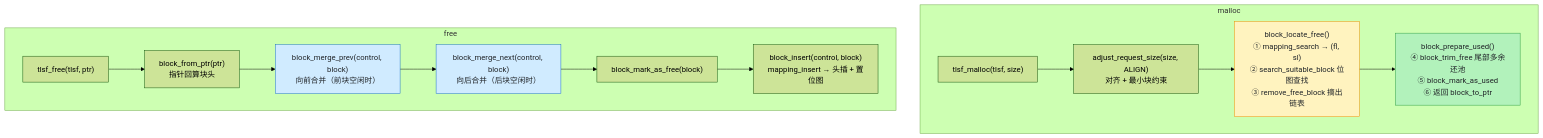
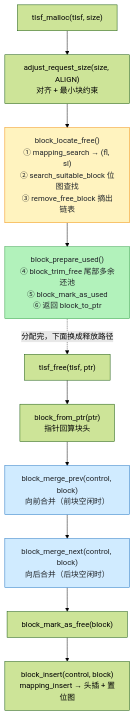
The diagram in docs/unity-memory/tlsf.md (fankidark/tech-site), drawn with Mermaid (forest theme) before and after one commit. The commit also changed 13 other files, not shown here.

First line of the commit message:
fix(diagram): 修复流程图节点内容显示不全 —— 宽度从最差 0.18 缩放到 0.72

````diff
--- a/docs/unity-memory/tlsf.md
+++ b/docs/unity-memory/tlsf.md
@@ -301,19 +301,17 @@
 ```mermaid
 flowchart TB
-    subgraph malloc
-        A1["tlsf_malloc(tlsf, size)"] --> A2["adjust_request_size(size, ALIGN)<br/>对齐 + 最小块约束"]
-        A2 --> A3["block_locate_free()<br/>① mapping_search → (fl, sl)<br/>② search_suitable_block 位图查找<br/>③ remove_free_block 摘出链表"]
-        A3 --> A4["block_prepare_used()<br/>④ block_trim_free 尾部多余还池<br/>⑤ block_mark_as_used<br/>⑥ 返回 block_to_ptr"]
-    end
-    subgraph free
-        B1["tlsf_free(tlsf, ptr)"] --> B2["block_from_ptr(ptr)<br/>指针回算块头"]
-        B2 --> B3["block_merge_prev(control, block)<br/>向前合并（前块空闲时）"]
-        B3 --> B4["block_merge_next(control, block)<br/>向后合并（后块空闲时）"]
-        B4 --> B5["block_mark_as_free(block)"]
-        B5 --> B6["block_insert(control, block)<br/>mapping_insert → 头插 + 置位图"]
-    end
+    A1["tlsf_malloc(tlsf, size)"] --> A2["adjust_request_size(size, ALIGN)<br/>对齐 + 最小块约束"]
+    A2 --> A3["block_locate_free()<br/>① mapping_search → (fl, sl)<br/>② search_suitable_block 位图查找<br/>③ remove_free_block 摘出链表"]
+    A3 --> A4["block_prepare_used()<br/>④ block_trim_free 尾部多余还池<br/>⑤ block_mark_as_used<br/>⑥ 返回 block_to_ptr"]
+    A4 -. "分配完，下面换成释放路径" .-> B1
+    B1["tlsf_free(tlsf, ptr)"] --> B2["block_from_ptr(ptr)<br/>指针回算块头"]
+    B2 --> B3["block_merge_prev(control, block)<br/>向前合并（前块空闲时）"]
+    B3 --> B4["block_merge_next(control, block)<br/>向后合并（后块空闲时）"]
+    B4 --> B5["block_mark_as_free(block)"]
+    B5 --> B6["block_insert(control, block)<br/>mapping_insert → 头插 + 置位图"]
+
     style A3 fill:#fff3bf,stroke:#f08c00,color:#212529
     style A4 fill:#b2f2bb,stroke:#2f9e44,color:#212529
     style B3 fill:#d0ebff,stroke:#1971c2,color:#212529
     style B4 fill:#d0ebff,stroke:#1971c2,color:#212529
 ```
````
